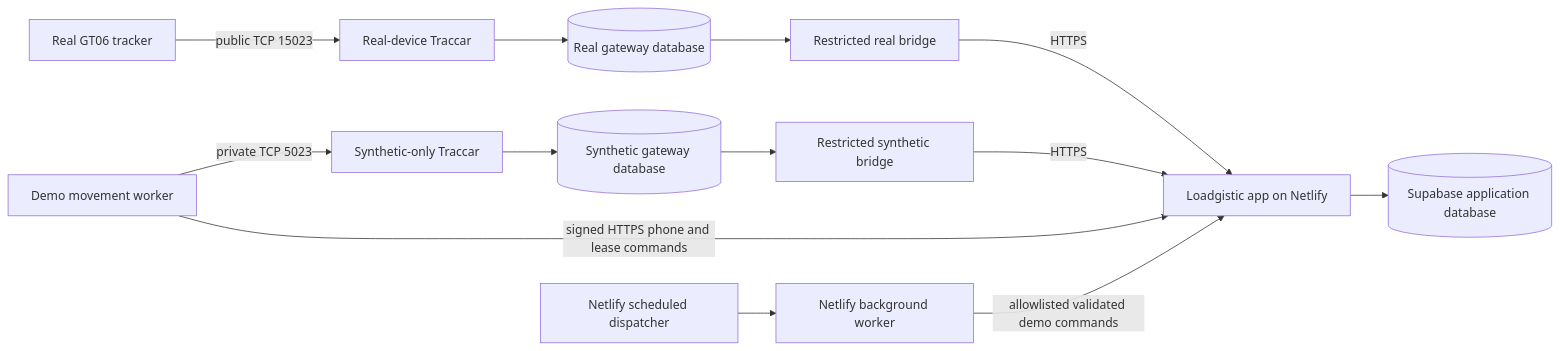
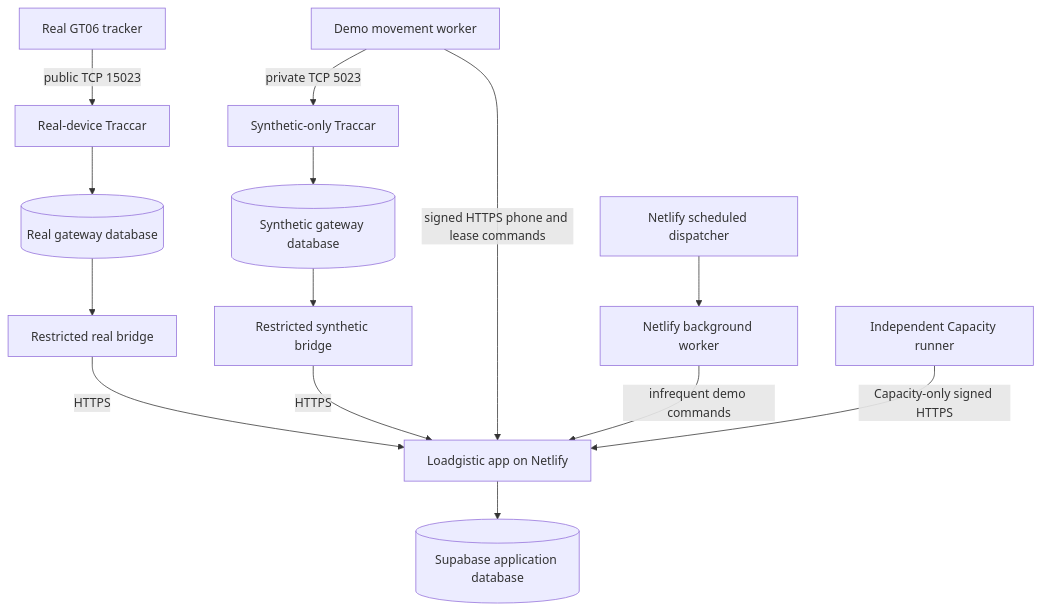
The diagram in docs/operations/DEMO-GPS-HOSTING.md (falmata-tech/loadgistic), drawn with Mermaid before and after one commit. The commit also changed other lines of this file and 159 other files, not shown here.

First line of the commit message:
wip(signals): checkpoint curated demo scenarios and GPS isolation

````diff
--- a/docs/operations/DEMO-GPS-HOSTING.md
+++ b/docs/operations/DEMO-GPS-HOSTING.md
@@ -32,15 +49,16 @@
 ```mermaid
-flowchart LR
+flowchart TD
   device[Real GT06 tracker] -->|public TCP 15023| real[Real-device Traccar]
   real --> realdb[(Real gateway database)]
   realdb --> realbridge[Restricted real bridge]
   realbridge -->|HTTPS| app[Loadgistic app on Netlify]
   motion[Demo movement worker] -->|private TCP 5023| synthetic[Synthetic-only Traccar]
   synthetic --> syntheticdb[(Synthetic gateway database)]
   syntheticdb --> syntheticbridge[Restricted synthetic bridge]
   syntheticbridge -->|HTTPS| app
   motion -->|signed HTTPS phone and lease commands| app
   app --> appdb[(Supabase application database)]
   schedule[Netlify scheduled dispatcher] --> worker[Netlify background worker]
-  worker -->|allowlisted validated demo commands| app
+  worker -->|infrequent demo commands| app
+  scenarios[Independent Capacity runner] -->|Capacity-only signed HTTPS| app
 ```
````
